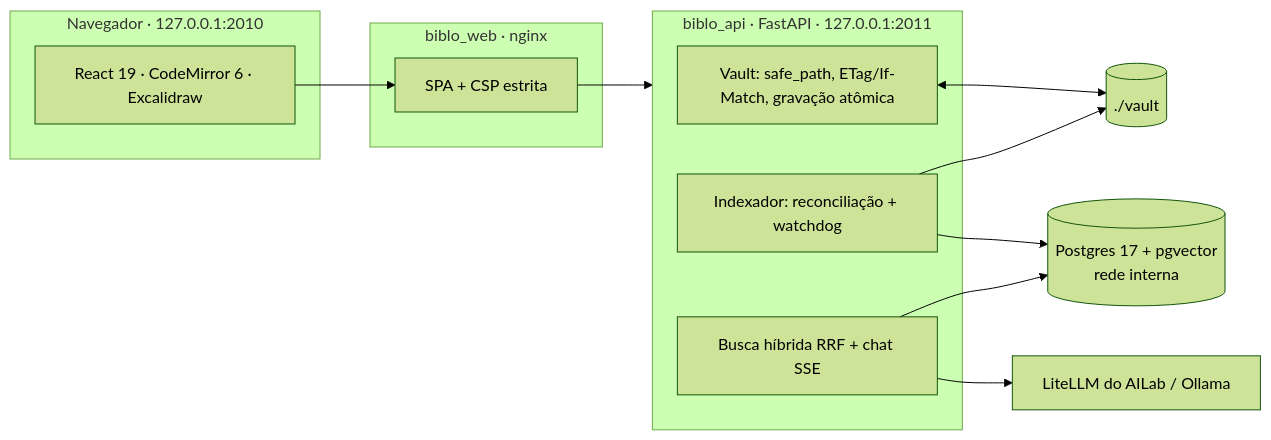
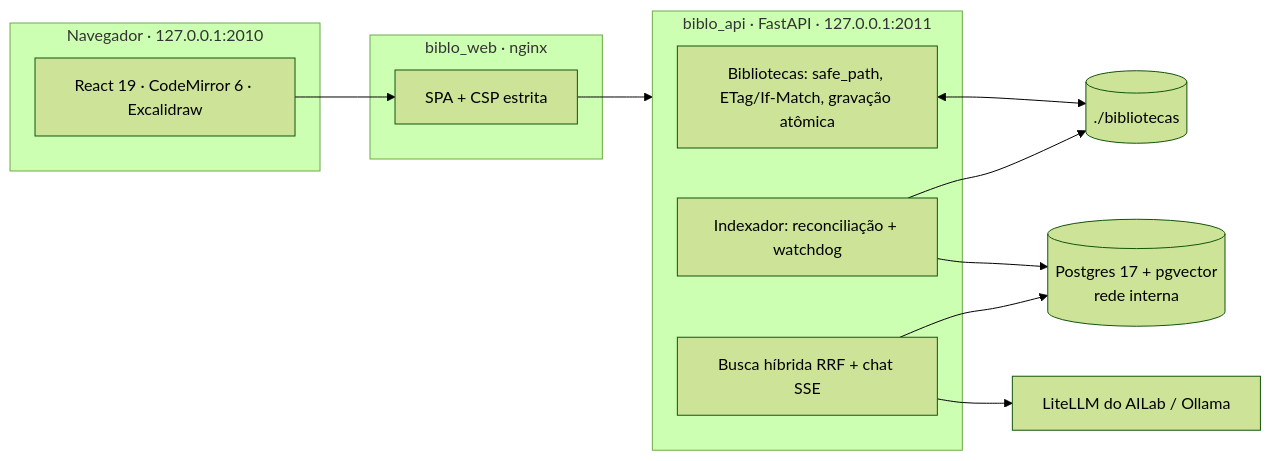
Before and after one commit to LucasLiachi/Biblo: the diagram in README.md, drawn with Mermaid (forest theme). The commit also changed other lines of this file and 87 other files, not shown here.

````diff
--- a/README.md
+++ b/README.md
@@ -33,24 +34,24 @@
 ```mermaid
 flowchart LR
   subgraph Navegador["Navegador · 127.0.0.1:2010"]
     UI[React 19 · CodeMirror 6 · Excalidraw]
   end
   subgraph Web[biblo_web · nginx]
     STATIC[SPA + CSP estrita]
   end
   subgraph API["biblo_api · FastAPI · 127.0.0.1:2011"]
-    FILES[Vault: safe_path, ETag/If-Match, gravação atômica]
+    FILES[Bibliotecas: safe_path, ETag/If-Match, gravação atômica]
     IDX[Indexador: reconciliação + watchdog]
     RAG[Busca híbrida RRF + chat SSE]
   end
-  DISK[(./vault)]
+  DISK[(./bibliotecas)]
   PG[(Postgres 17 + pgvector<br/>rede interna)]
   LLM[LiteLLM do AILab / Ollama]
 
   UI --> STATIC --> API
   FILES <--> DISK
   IDX --> DISK
   IDX --> PG
   RAG --> PG
   RAG --> LLM
 ```
````
